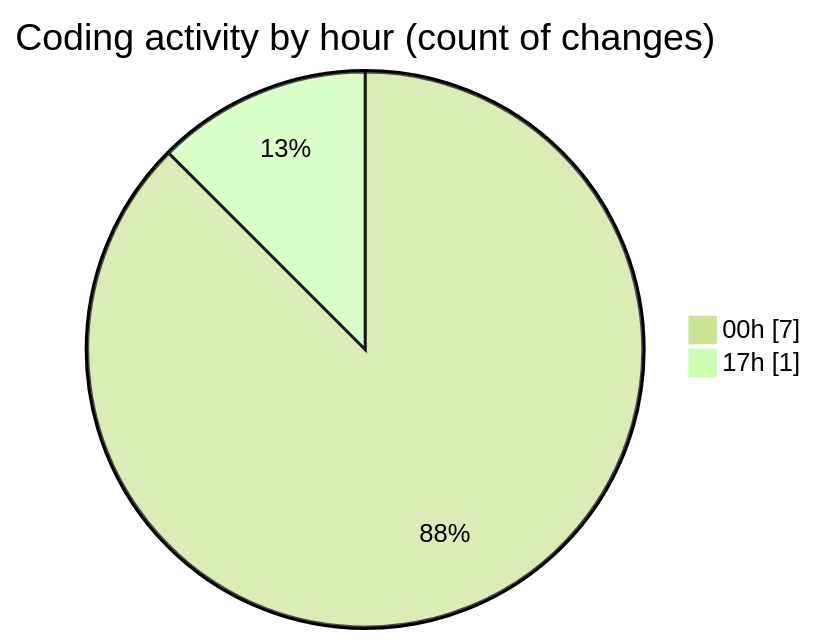
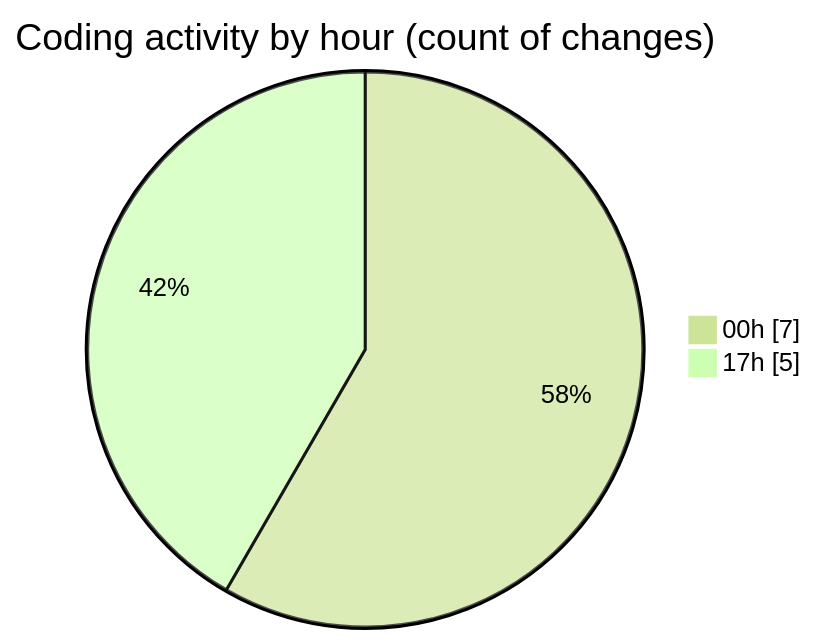
The second of 2 diagrams in 2025-05-25/elitesun/README.md (Elitesun/code-tracking), drawn with Mermaid (forest theme) before and after one commit. The commit also changed other lines of this file and 1 other file, not shown here.

````diff
--- a/2025-05-25/elitesun/README.md
+++ b/2025-05-25/elitesun/README.md
@@ -34,6 +34,6 @@
 ```mermaid
 pie showData
 title Coding activity by hour (count of changes)
 "00h" : 7
-"17h" : 1
+"17h" : 5
 ```
````
